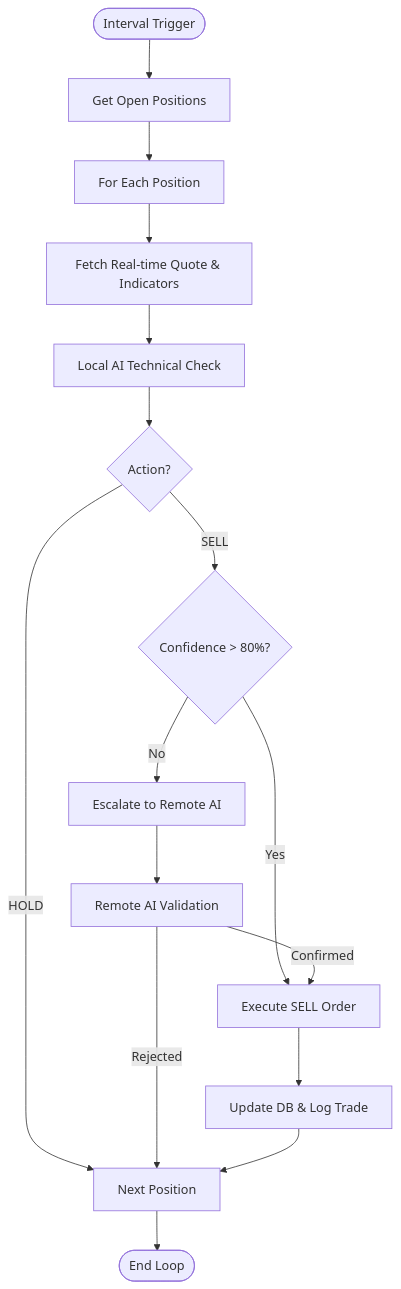
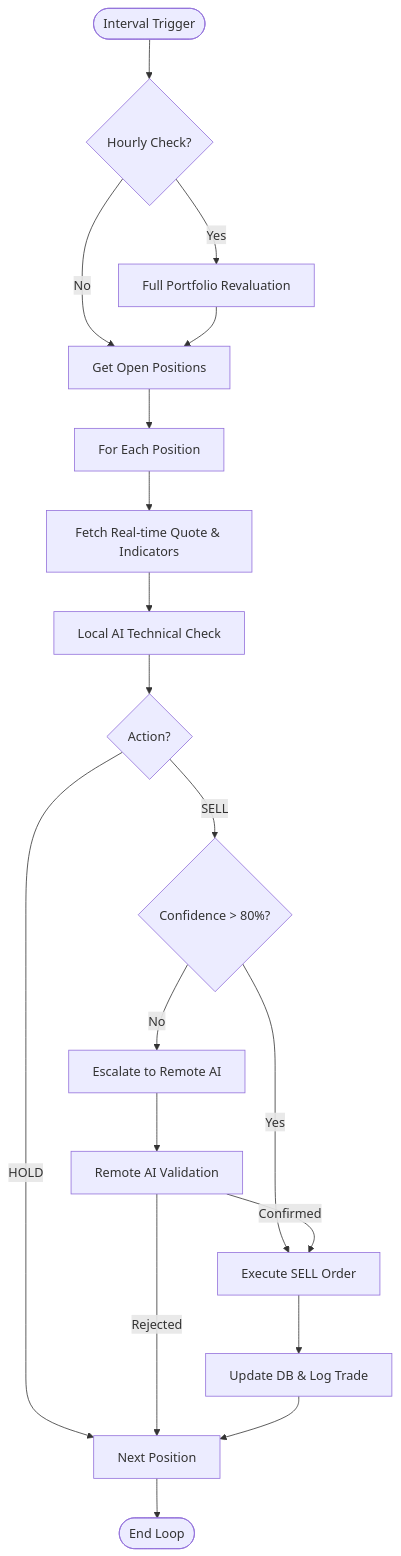
Before and after one commit to psylsph/ai-stock-trader: the third of 4 diagrams in DESIGN.md, drawn with Mermaid. The commit also changed other lines of this file and 8 other files, not shown here.

````diff
--- a/DESIGN.md
+++ b/DESIGN.md
@@ -114,18 +117,21 @@
 ```mermaid
 flowchart TD
-    Start([Interval Trigger]) --> GetPos[Get Open Positions]
+    Start([Interval Trigger]) --> CheckHour{Hourly Check?}
+    CheckHour -->|Yes| HourlyReval[Full Portfolio Revaluation]
+    CheckHour -->|No| GetPos[Get Open Positions]
+    HourlyReval --> GetPos
     GetPos --> Loop[For Each Position]
     Loop --> Fetch[Fetch Real-time Quote & Indicators]
     Fetch --> LocalCheck[Local AI Technical Check]
     LocalCheck --> Decision{Action?}
     Decision -->|HOLD| Next[Next Position]
     Decision -->|SELL| Conf{Confidence > 80%?}
     Conf -->|No| Escalate[Escalate to Remote AI]
     Conf -->|Yes| ExecSell[Execute SELL Order]
     Escalate --> Validate[Remote AI Validation]
     Validate -->|Confirmed| ExecSell
     Validate -->|Rejected| Next
     ExecSell --> Log[Update DB & Log Trade]
     Log --> Next
     Next --> End([End Loop])
 ```
````
